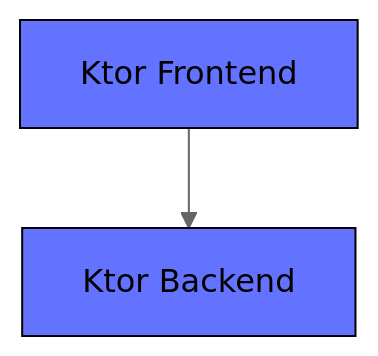
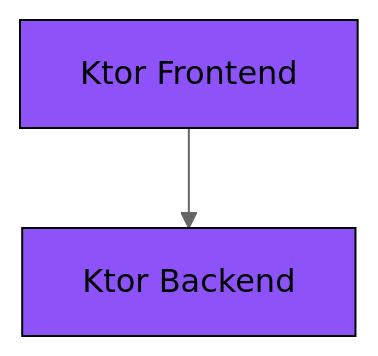
The first of 2 diagrams in README.md (onlyteo/ktor-sandbox), drawn with Mermaid (neutral theme) before and after one commit. The commit also changed other lines of this file, not shown here.

````diff
--- a/README.md
+++ b/README.md
@@ -27,10 +39,10 @@
 ```mermaid
 graph TD
     A[Ktor Frontend]
     B[Ktor Backend]
 
     A:::ktor --> B:::ktor
     
     classDef react fill: #58c4dc, stroke: #000000, color: #000000
-    classDef ktor fill: #6373ff, stroke: #000000, color: #000000
+    classDef ktor fill: #8d53f9, stroke: #000000, color: #000000
 ```
````
